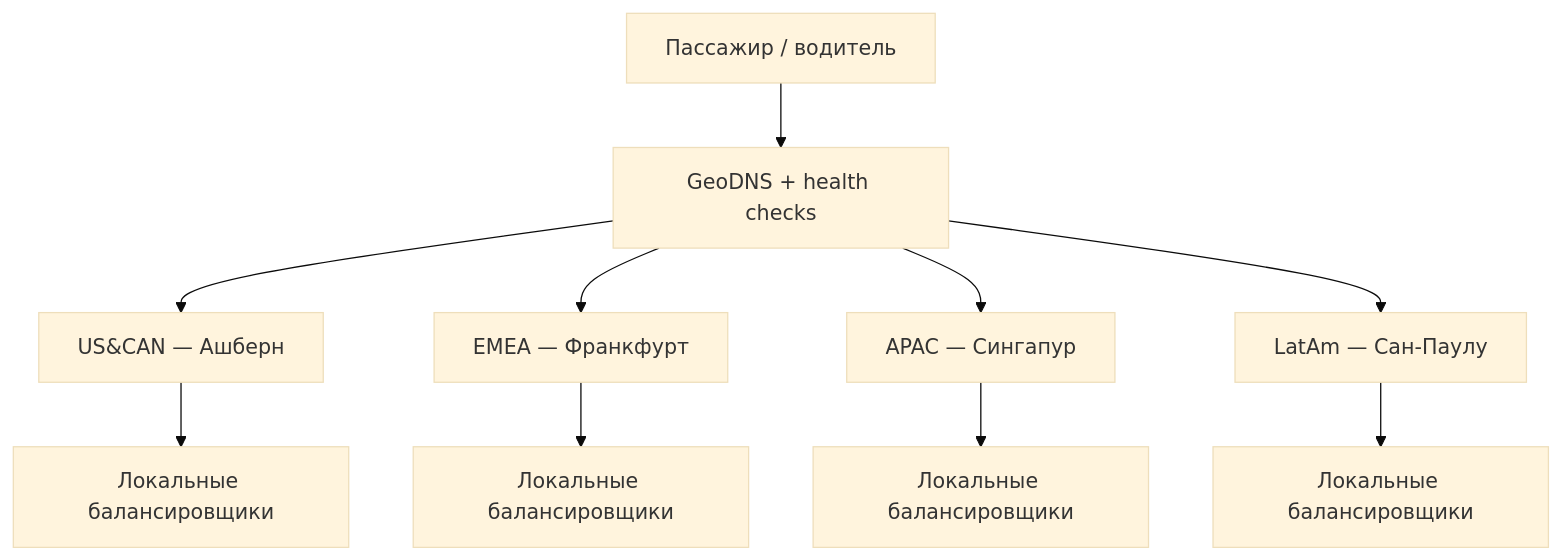
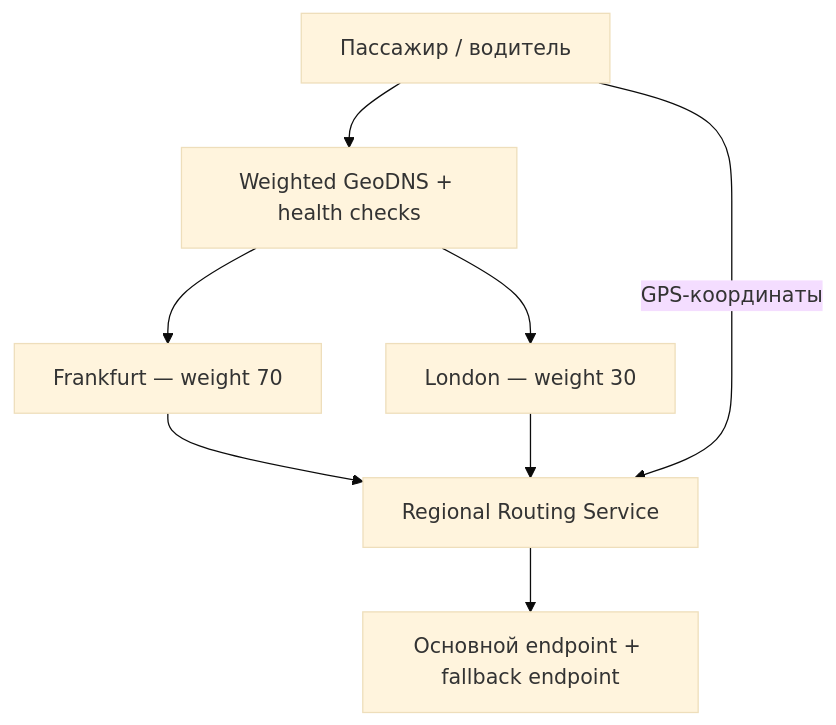
Before and after one commit to Saucesamba/highload_2026_uber: the first of 5 diagrams in README.md, drawn with Mermaid (base theme). The commit also changed other lines of this file, not shown here.

````diff
--- a/README.md
+++ b/README.md
@@ -205,13 +216,14 @@
 ```mermaid
 flowchart TD
-    U["Пассажир / водитель"] --> DNS["GeoDNS + health checks"]
-    DNS --> US["US&CAN — Ашберн"]
-    DNS --> EU["EMEA — Франкфурт"]
-    DNS --> AP["APAC — Сингапур"]
-    DNS --> LA["LatAm — Сан-Паулу"]
+    U["Пассажир / водитель"] --> DNS["Weighted GeoDNS + health checks"]
 
-    US --> LB1["Локальные балансировщики"]
-    EU --> LB2["Локальные балансировщики"]
-    AP --> LB3["Локальные балансировщики"]
-    LA --> LB4["Локальные балансировщики"]
+    DNS --> F["Frankfurt — weight 70"]
+    DNS --> L["London — weight 30"]
+
+    F --> RF["Regional Routing Service"]
+    L --> RF
+
+    U -->|"GPS-координаты"| RF
+
+    RF --> E["Основной endpoint + fallback endpoint"]
 ```
````
